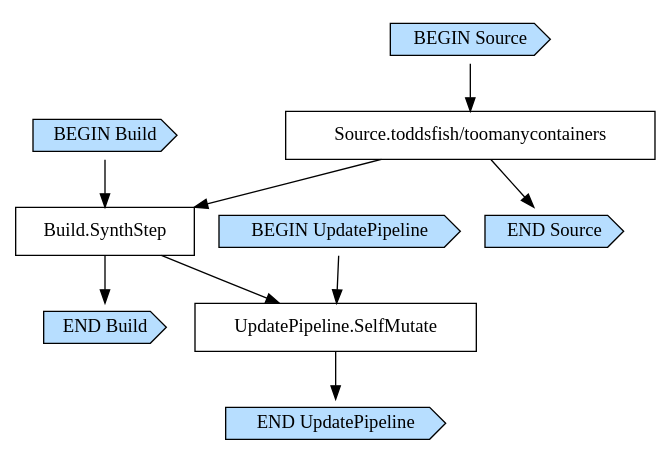
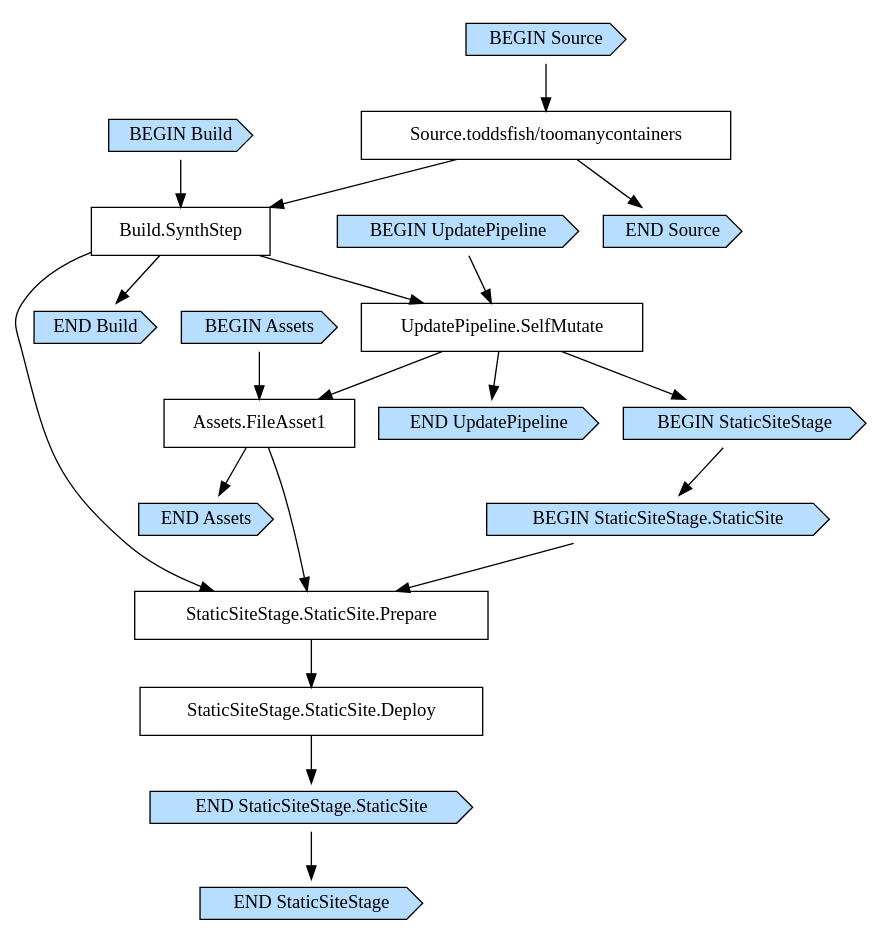
One commit to toddsfish/toomanycontainers changed the diagram in infra/cdk.out/PipelineStackPipeline9DB740AF.dot. Above: the diagram before and after it, drawn with Graphviz. The commit also changed 10 other files, not shown here.

```diff
--- a/infra/cdk.out/PipelineStackPipeline9DB740AF.dot
+++ b/infra/cdk.out/PipelineStackPipeline9DB740AF.dot
@@ -1,24 +1,44 @@
 digraph G {
   # Arrows represent an "unlocks" relationship (opposite of dependency). So chosen
   # because the layout looks more natural that way.
   # To represent subgraph dependencies, subgraphs are represented by BEGIN/END nodes.
   # To render: `dot -Tsvg PipelineStackPipeline9DB740AF.dot > graph.svg`, open in a browser.
   node [shape="box"];
 "BEGIN Build" [shape="cds", style="filled", fillcolor="#b7deff"];
 "END Build" [shape="cds", style="filled", fillcolor="#b7deff"];
 "Build.SynthStep";
 "Source.toddsfish/toomanycontainers" -> "Build.SynthStep";
 "BEGIN Build" -> "Build.SynthStep";
 "Build.SynthStep" -> "END Build";
 "BEGIN UpdatePipeline" [shape="cds", style="filled", fillcolor="#b7deff"];
 "END UpdatePipeline" [shape="cds", style="filled", fillcolor="#b7deff"];
 "UpdatePipeline.SelfMutate";
 "Build.SynthStep" -> "UpdatePipeline.SelfMutate";
 "BEGIN UpdatePipeline" -> "UpdatePipeline.SelfMutate";
 "UpdatePipeline.SelfMutate" -> "END UpdatePipeline";
+"BEGIN Assets" [shape="cds", style="filled", fillcolor="#b7deff"];
+"END Assets" [shape="cds", style="filled", fillcolor="#b7deff"];
+"Assets.FileAsset1";
+"UpdatePipeline.SelfMutate" -> "Assets.FileAsset1";
+"BEGIN Assets" -> "Assets.FileAsset1";
+"Assets.FileAsset1" -> "END Assets";
+"BEGIN StaticSiteStage" [shape="cds", style="filled", fillcolor="#b7deff"];
+"END StaticSiteStage" [shape="cds", style="filled", fillcolor="#b7deff"];
+"UpdatePipeline.SelfMutate" -> "BEGIN StaticSiteStage";
+"BEGIN StaticSiteStage.StaticSite" [shape="cds", style="filled", fillcolor="#b7deff"];
+"END StaticSiteStage.StaticSite" [shape="cds", style="filled", fillcolor="#b7deff"];
+"StaticSiteStage.StaticSite.Deploy";
+"StaticSiteStage.StaticSite.Prepare" -> "StaticSiteStage.StaticSite.Deploy";
+"StaticSiteStage.StaticSite.Prepare";
+"Build.SynthStep" -> "StaticSiteStage.StaticSite.Prepare";
+"Assets.FileAsset1" -> "StaticSiteStage.StaticSite.Prepare";
+"BEGIN StaticSiteStage.StaticSite" -> "StaticSiteStage.StaticSite.Prepare";
+"StaticSiteStage.StaticSite.Deploy" -> "END StaticSiteStage.StaticSite";
+"BEGIN StaticSiteStage" -> "BEGIN StaticSiteStage.StaticSite";
+"END StaticSiteStage.StaticSite" -> "END StaticSiteStage";
 "BEGIN Source" [shape="cds", style="filled", fillcolor="#b7deff"];
 "END Source" [shape="cds", style="filled", fillcolor="#b7deff"];
 "Source.toddsfish/toomanycontainers";
 "BEGIN Source" -> "Source.toddsfish/toomanycontainers";
 "Source.toddsfish/toomanycontainers" -> "END Source";
 }
```
